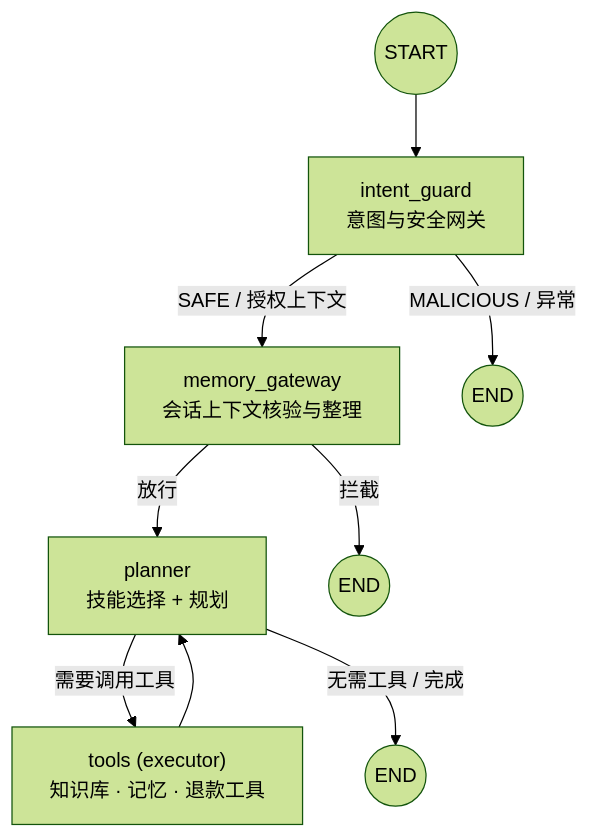
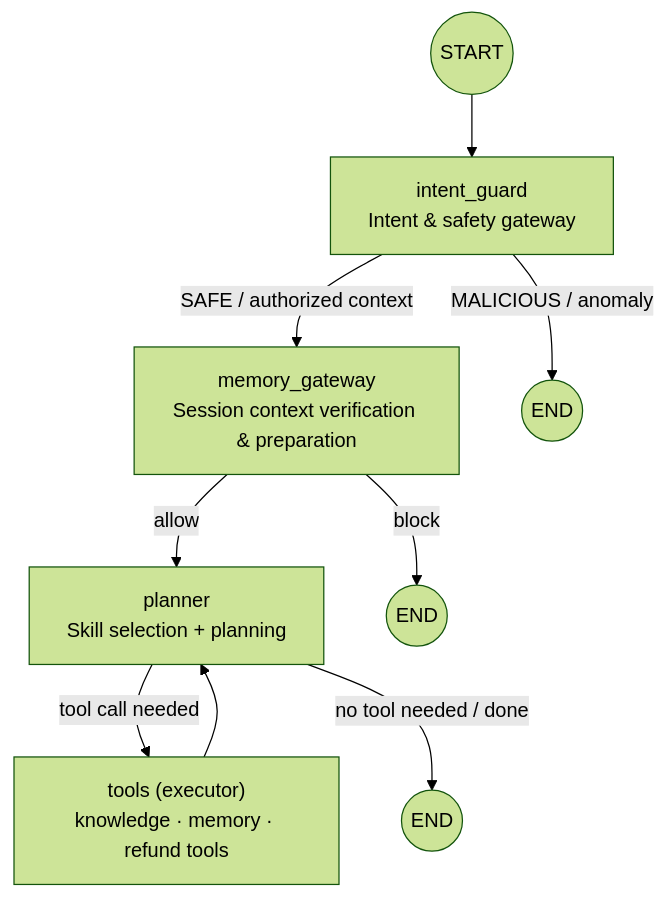
The first of 2 diagrams in README.md (OliverKatKat/customer_service_agent), drawn with Mermaid (forest theme) before and after one commit. The commit also changed other lines of this file, not shown here.

````diff
--- a/README.md
+++ b/README.md
@@ -32,11 +32,11 @@
 ```mermaid
 flowchart TD
-    START((START)) --> IG["intent_guard<br/>意图与安全网关"]
-    IG -->|"SAFE / 授权上下文"| MG["memory_gateway<br/>会话上下文核验与整理"]
-    IG -->|"MALICIOUS / 异常"| E1((END))
-    MG -->|"放行"| PL["planner<br/>技能选择 + 规划"]
-    MG -->|"拦截"| E2((END))
-    PL -->|"需要调用工具"| TOOLS["tools (executor)<br/>知识库 · 记忆 · 退款工具"]
-    PL -->|"无需工具 / 完成"| E3((END))
+    START((START)) --> IG["intent_guard<br/>Intent & safety gateway"]
+    IG -->|"SAFE / authorized context"| MG["memory_gateway<br/>Session context verification & preparation"]
+    IG -->|"MALICIOUS / anomaly"| E1((END))
+    MG -->|"allow"| PL["planner<br/>Skill selection + planning"]
+    MG -->|"block"| E2((END))
+    PL -->|"tool call needed"| TOOLS["tools (executor)<br/>knowledge · memory · refund tools"]
+    PL -->|"no tool needed / done"| E3((END))
     TOOLS --> PL
 ```
````
